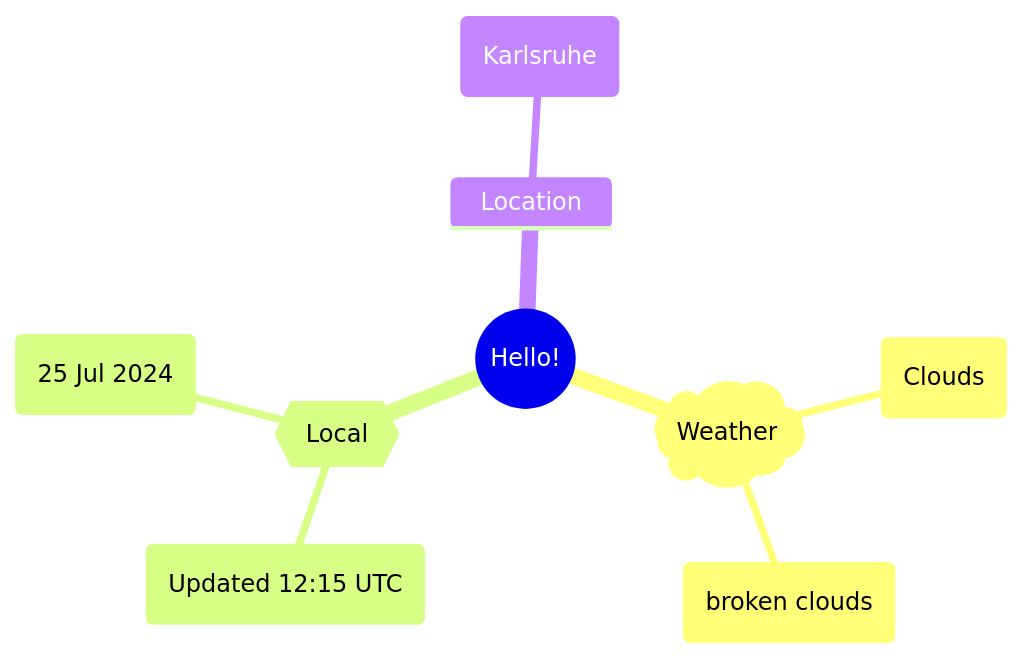
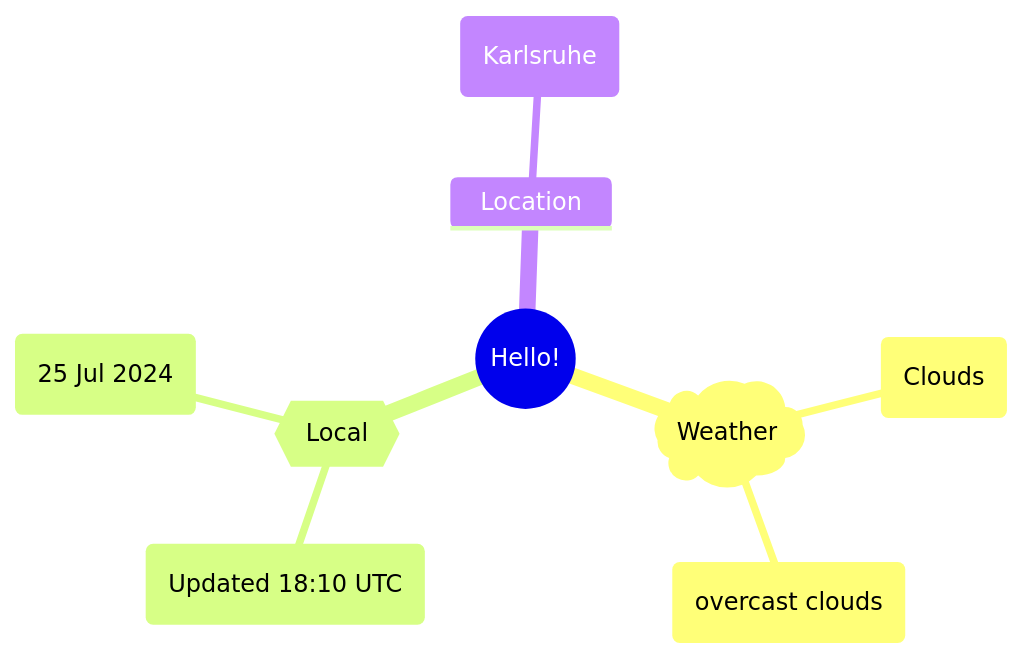
Before and after one commit to Xosrov/Xosrov: the first of 2 diagrams in README.md, drawn with Mermaid.

Commit message:
[bot] updated images

````diff
--- a/README.md
+++ b/README.md
@@ -3,12 +3,12 @@
 ```mermaid
 mindmap
   root((Hello!))
     )Weather(
         (Clouds)
-        (broken clouds)
+        (overcast clouds)
     {{Local}}
-        (Updated 12:15 UTC)
+        (Updated 18:10 UTC)
         (25 Jul 2024)
     Location
         (Karlsruhe)
 ```
````
